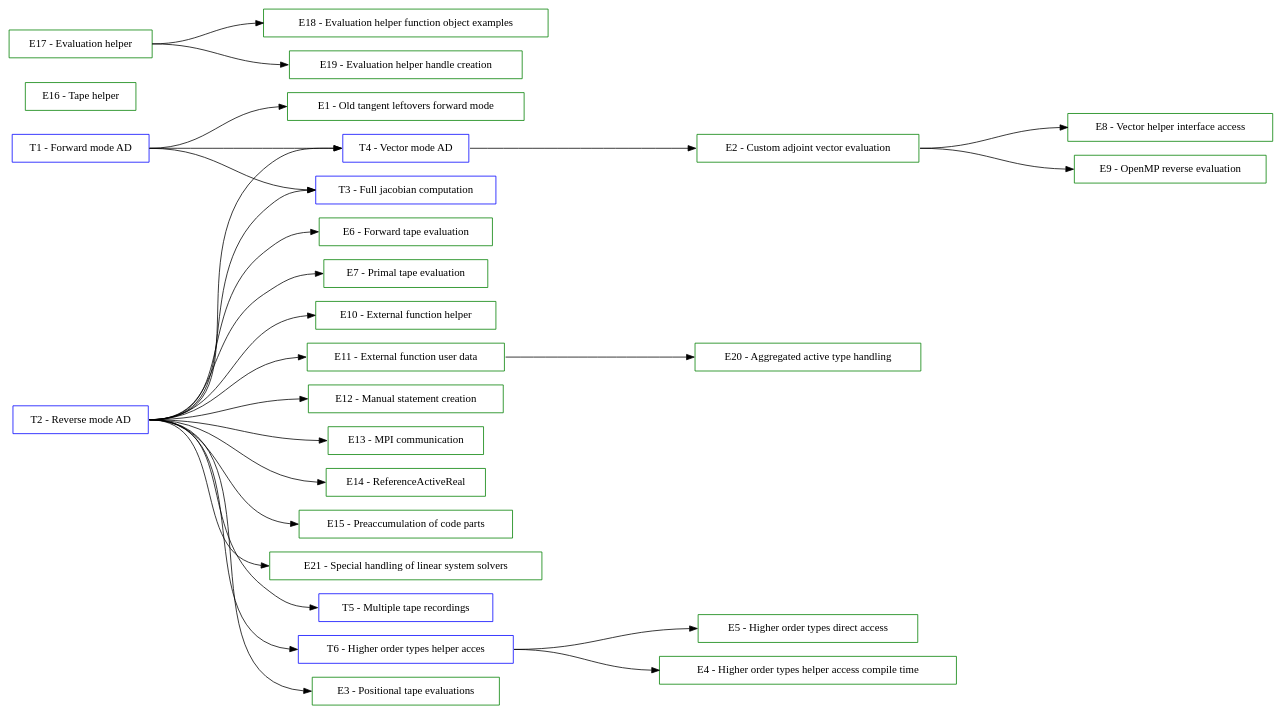
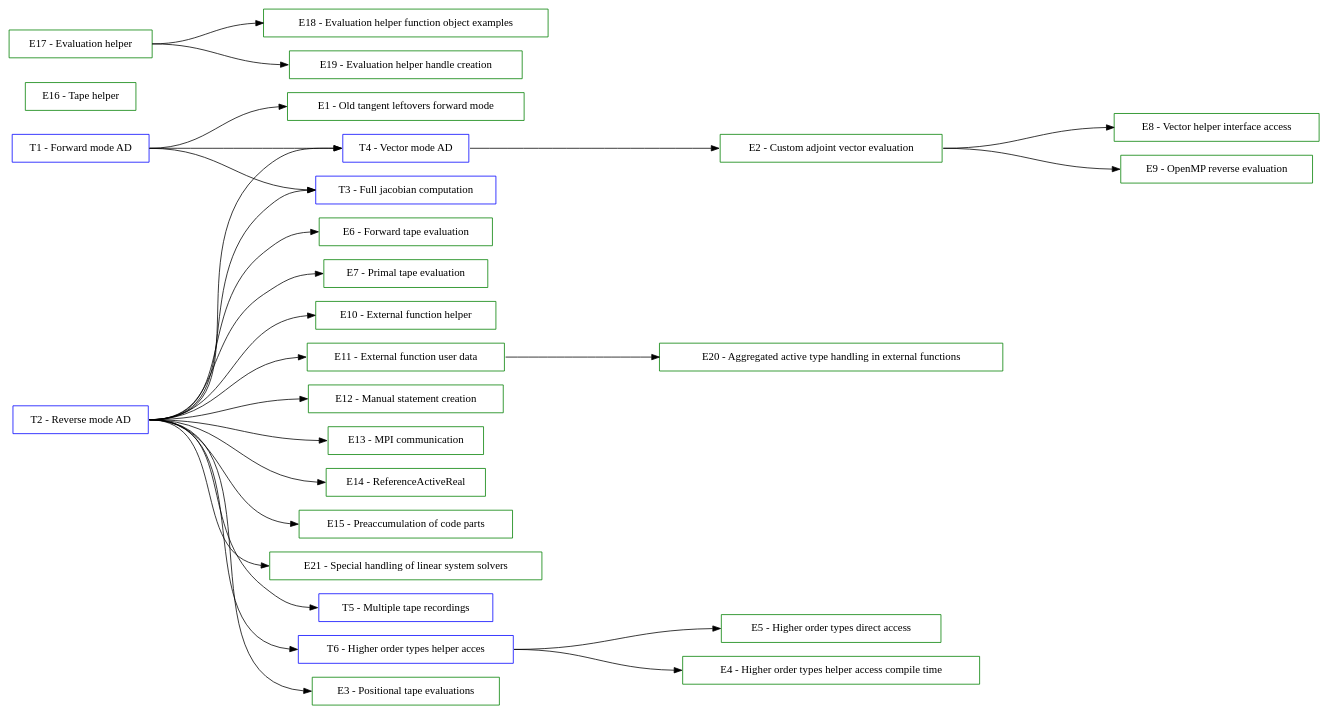
Before and after one commit to SciCompKL/CoDiPack: the diagram in documentation/user/TutorialsGraph.dot, drawn with Graphviz. The commit also changed 6 other files, not shown here.

Commit message:
Rename of Example 20 from 'Aggregated active type handling' -> 'Aggregated active type handling in external functions'

```diff
--- a/documentation/user/TutorialsGraph.dot
+++ b/documentation/user/TutorialsGraph.dot
@@ -1,89 +1,89 @@
 digraph Tutorials {
   rankdir=LR;
   ranksep=2;
 
   // Tutorial nodes
   node [shape=box color=blue];
   T01 [label="T1 - Forward mode AD"];
 
   T02 [label="T2 - Reverse mode AD"];
 
   T03 [label="T3 - Full jacobian computation"];
 
   T04 [label="T4 - Vector mode AD"];
 
   T05 [label="T5 - Multiple tape recordings"];
 
   T06 [label="T6 - Higher order types helper acces"];
 
   // Example nodes
   node [shape=box color=green];
   E01 [label="E1 - Old tangent leftovers forward mode"];
 
   E02 [label="E2 - Custom adjoint vector evaluation"];
 
   E03 [label="E3 - Positional tape evaluations"];
 
   E04 [label="E4 - Higher order types helper access compile time"];
 
   E05 [label="E5 - Higher order types direct access"];
 
   E06 [label="E6 - Forward tape evaluation"];
 
   E07 [label="E7 - Primal tape evaluation"];
 
   E08 [label="E8 - Vector helper interface access"];
 
   E09 [label="E9 - OpenMP reverse evaluation"];
 
   E10 [label="E10 - External function helper"];
 
   E11 [label="E11 - External function user data"];
 
   E12 [label="E12 - Manual statement creation"];
 
   E13 [label="E13 - MPI communication"];
 
   E14 [label="E14 - ReferenceActiveReal"];
 
   E15 [label="E15 - Preaccumulation of code parts"];
 
   E16 [label="E16 - Tape helper"];
 
   E17 [label="E17 - Evaluation helper"];
 
   E18 [label="E18 - Evaluation helper function object examples"];
 
   E19 [label="E19 - Evaluation helper handle creation"];
 
-  E20 [label="E20 - Aggregated active type handling"];
+  E20 [label="E20 - Aggregated active type handling in external functions"];
 
   E21 [label="E21 - Special handling of linear system solvers"];
 
   // Edges (sorted)
   E02:e -> E08:w;
   E02:e -> E09:w;
   E11:e -> E20:w;
   E17:e -> E18:w;
   E17:e -> E19:w;
   T01:e -> E01:w;
   T01:e -> T03:w;
   T01:e -> T04:w;
   T02:e -> E03:w;
   T02:e -> E06:w;
   T02:e -> E07:w;
   T02:e -> E10:w;
   T02:e -> E11:w;
   T02:e -> E12:w;
   T02:e -> E13:w;
   T02:e -> E14:w;
   T02:e -> E15:w;
   T02:e -> T03:w;
   T02:e -> T04:w;
   T02:e -> T05:w;
   T02:e -> T06:w;
   T02:e -> E21:w;
   T04:e -> E02:w;
   T06:e -> E04:w;
   T06:e -> E05:w;
 }
```
